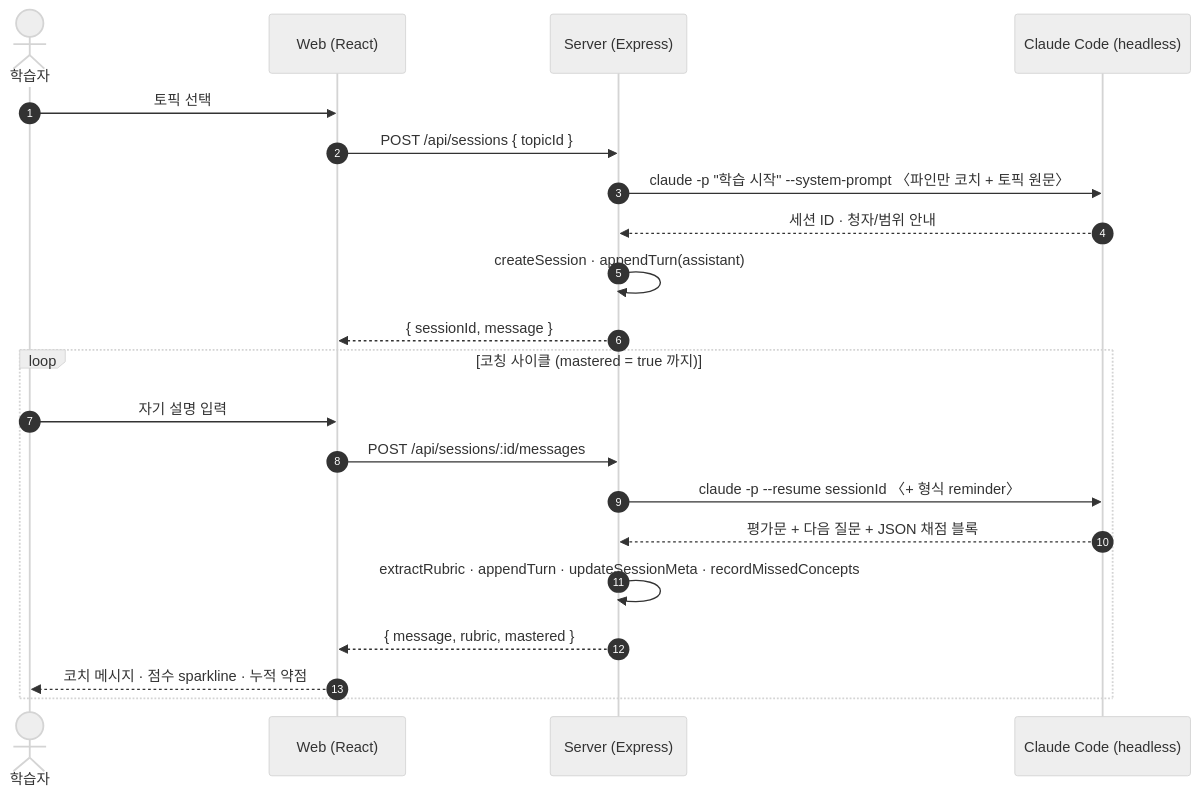
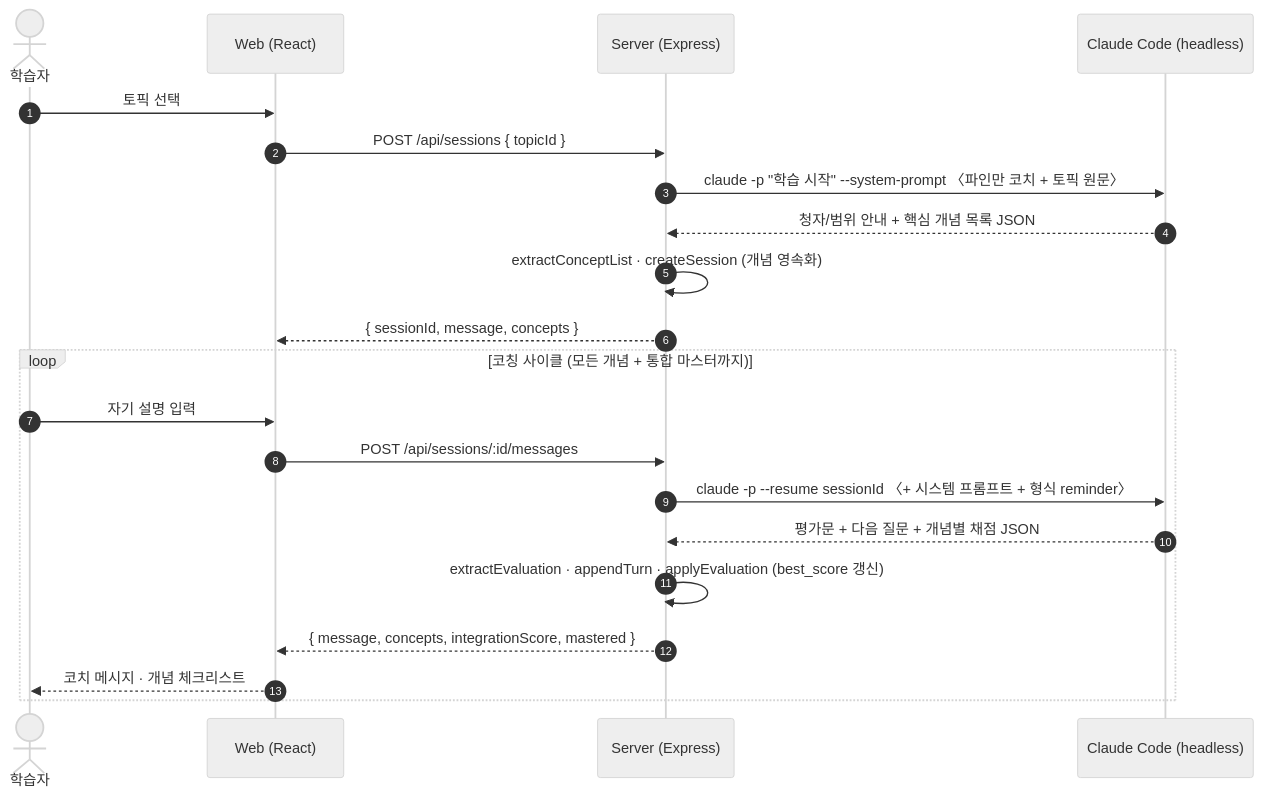
One commit to ckgod/maft changed the first of 3 diagrams in README.md. Above: the diagram before and after it, drawn with Mermaid (neutral theme). The commit also changed other lines of this file and 3 other files, not shown here.

````diff
--- a/README.md
+++ b/README.md
@@ -34,25 +34,25 @@
 ```mermaid
 sequenceDiagram
   autonumber
   actor U as 학습자
   participant W as Web (React)
   participant S as Server (Express)
   participant C as Claude Code (headless)
 
   U->>W: 토픽 선택
   W->>S: POST /api/sessions { topicId }
   S->>C: claude -p "학습 시작" --system-prompt 〈파인만 코치 + 토픽 원문〉
-  C-->>S: 세션 ID · 청자/범위 안내
-  S->>S: createSession · appendTurn(assistant)
-  S-->>W: { sessionId, message }
+  C-->>S: 청자/범위 안내 + 핵심 개념 목록 JSON
+  S->>S: extractConceptList · createSession (개념 영속화)
+  S-->>W: { sessionId, message, concepts }
 
-  loop 코칭 사이클 (mastered = true 까지)
+  loop 코칭 사이클 (모든 개념 + 통합 마스터까지)
     U->>W: 자기 설명 입력
     W->>S: POST /api/sessions/:id/messages
-    S->>C: claude -p --resume sessionId 〈+ 형식 reminder〉
-    C-->>S: 평가문 + 다음 질문 + JSON 채점 블록
-    S->>S: extractRubric · appendTurn · updateSessionMeta · recordMissedConcepts
-    S-->>W: { message, rubric, mastered }
-    W-->>U: 코치 메시지 · 점수 sparkline · 누적 약점
+    S->>C: claude -p --resume sessionId 〈+ 시스템 프롬프트 + 형식 reminder〉
+    C-->>S: 평가문 + 다음 질문 + 개념별 채점 JSON
+    S->>S: extractEvaluation · appendTurn · applyEvaluation (best_score 갱신)
+    S-->>W: { message, concepts, integrationScore, mastered }
+    W-->>U: 코치 메시지 · 개념 체크리스트
   end
 ```
````
